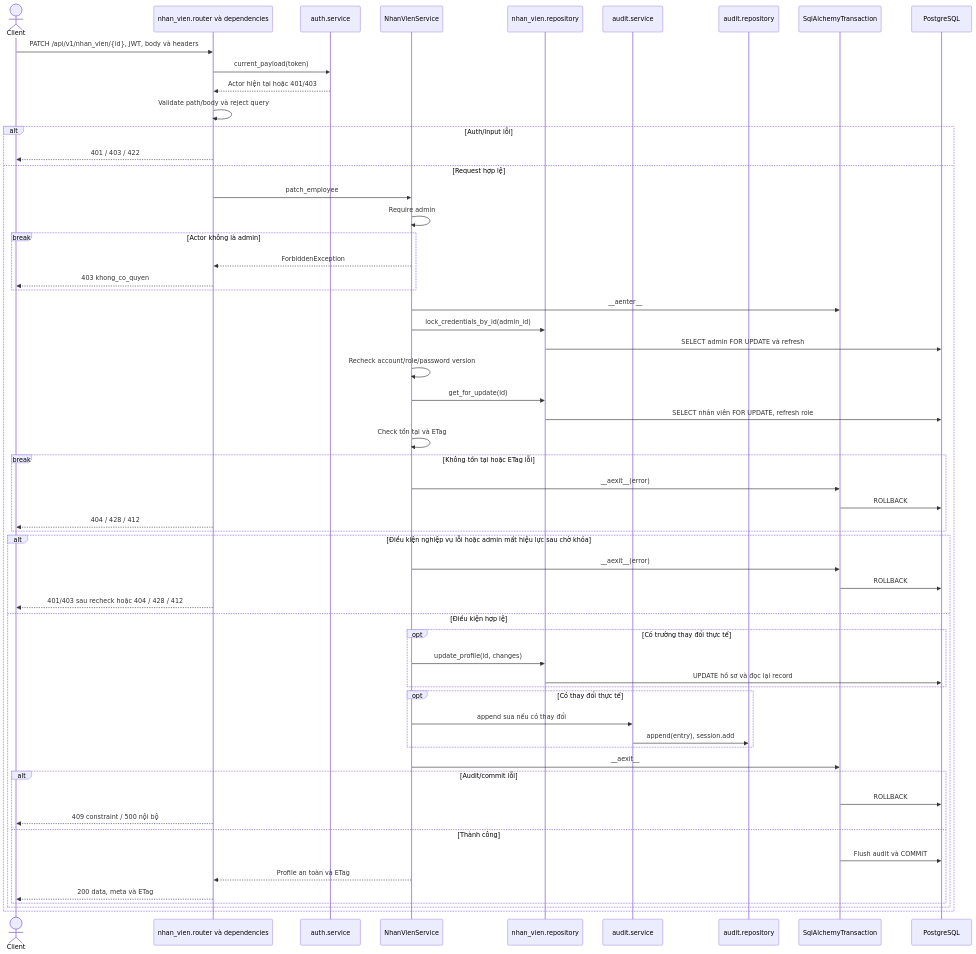
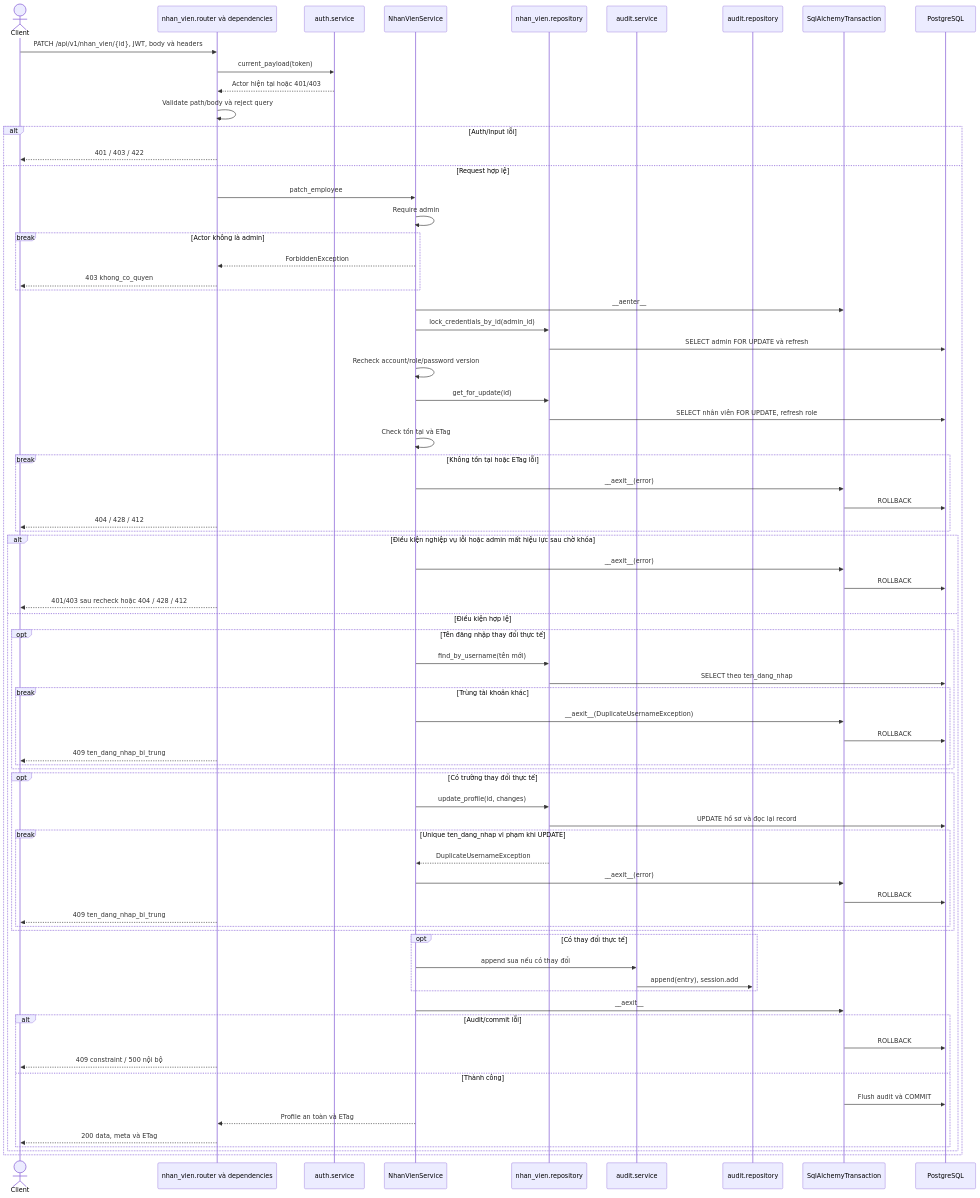
The fourth of 9 diagrams in docs/sequence/nhan_vien.md (thanhklt/xbike-mrp-system), drawn with Mermaid before and after one commit. The commit also changed other lines of this file and 42 other files, not shown here.

First line of the commit message:
feat(admin): tra cứu cho QTV, sửa tên đăng nhập, bộ lọc gọn và ô ngày dd/mm/yyyy

````diff
--- a/docs/sequence/nhan_vien.md
+++ b/docs/sequence/nhan_vien.md
@@ -253,62 +253,77 @@
 ```mermaid
 sequenceDiagram
     actor C as Client
     participant R as nhan_vien.router và dependencies
     participant A as auth.service
     participant N as NhanVienService
     participant P as nhan_vien.repository
     participant AU as audit.service
     participant AR as audit.repository
     participant T as SqlAlchemyTransaction
     participant DB as PostgreSQL
     C->>R: PATCH /api/v1/nhan_vien/{id}, JWT, body và headers
     R->>A: current_payload(token)
     A-->>R: Actor hiện tại hoặc 401/403
     R->>R: Validate path/body và reject query
     alt Auth/input lỗi
         R-->>C: 401 / 403 / 422
     else Request hợp lệ
         R->>N: patch_employee
         N->>N: Require admin
         break Actor không là admin
             N-->>R: ForbiddenException
             R-->>C: 403 khong_co_quyen
         end
         N->>T: __aenter__
         N->>P: lock_credentials_by_id(admin_id)
         P->>DB: SELECT admin FOR UPDATE và refresh
         N->>N: Recheck account/role/password version
         N->>P: get_for_update(id)
         P->>DB: SELECT nhân viên FOR UPDATE, refresh role
         N->>N: Check tồn tại và ETag
         break Không tồn tại hoặc ETag lỗi
             N->>T: __aexit__(error)
             T->>DB: ROLLBACK
             R-->>C: 404 / 428 / 412
         end
 
         alt Điều kiện nghiệp vụ lỗi hoặc admin mất hiệu lực sau chờ khóa
             N->>T: __aexit__(error)
             T->>DB: ROLLBACK
             R-->>C: 401/403 sau recheck hoặc 404 / 428 / 412
         else Điều kiện hợp lệ
+            opt Tên đăng nhập thay đổi thực tế
+                N->>P: find_by_username(tên mới)
+                P->>DB: SELECT theo ten_dang_nhap
+                break Trùng tài khoản khác
+                    N->>T: __aexit__(DuplicateUsernameException)
+                    T->>DB: ROLLBACK
+                    R-->>C: 409 ten_dang_nhap_bi_trung
+                end
+            end
             opt Có trường thay đổi thực tế
                 N->>P: update_profile(id, changes)
                 P->>DB: UPDATE hồ sơ và đọc lại record
+                break Unique ten_dang_nhap vi phạm khi UPDATE
+                    P-->>N: DuplicateUsernameException
+                    N->>T: __aexit__(error)
+                    T->>DB: ROLLBACK
+                    R-->>C: 409 ten_dang_nhap_bi_trung
+                end
             end
             opt Có thay đổi thực tế
                 N->>AU: append sua nếu có thay đổi
                 AU->>AR: append(entry), session.add
             end
             N->>T: __aexit__
             alt Audit/commit lỗi
                 T->>DB: ROLLBACK
                 R-->>C: 409 constraint / 500 nội bộ
             else Thành công
                 T->>DB: Flush audit và COMMIT
                 N-->>R: Profile an toàn và ETag
                 R-->>C: 200 data, meta và ETag
             end
         end
     end
 ```
````
